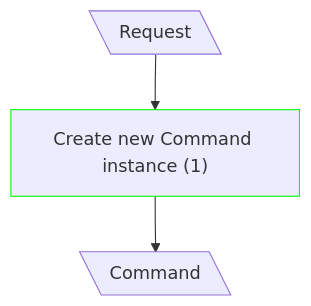
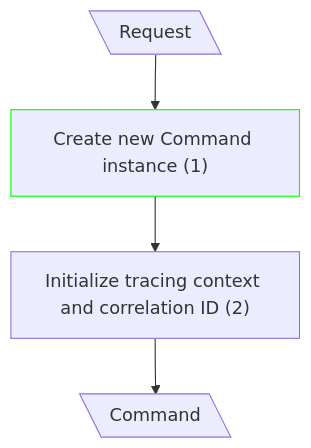
The first of 7 diagrams in docs/CF Complexity/create.md (dmitryhruzin/CQRS-variations-test), drawn with Mermaid before and after one commit. The commit also changed other lines of this file and 4 other files, not shown here.

Commit message:
docs: add infra calls to diagrams

````diff
--- a/docs/CF Complexity/create.md
+++ b/docs/CF Complexity/create.md
@@ -5,7 +5,8 @@
 ```mermaid
 flowchart TD
   classDef mod stroke:#0f0
   A@{ shape: lean-l, label: "Request" }
   A --> B["Create new Command instance (1)"]
-  B:::mod -->C@{ shape: lean-l, label: "Command" }
+  B:::mod --> T["Initialize tracing context and correlation ID (2)"]
+  T --> C@{ shape: lean-l, label: "Command" }
 ```
````
